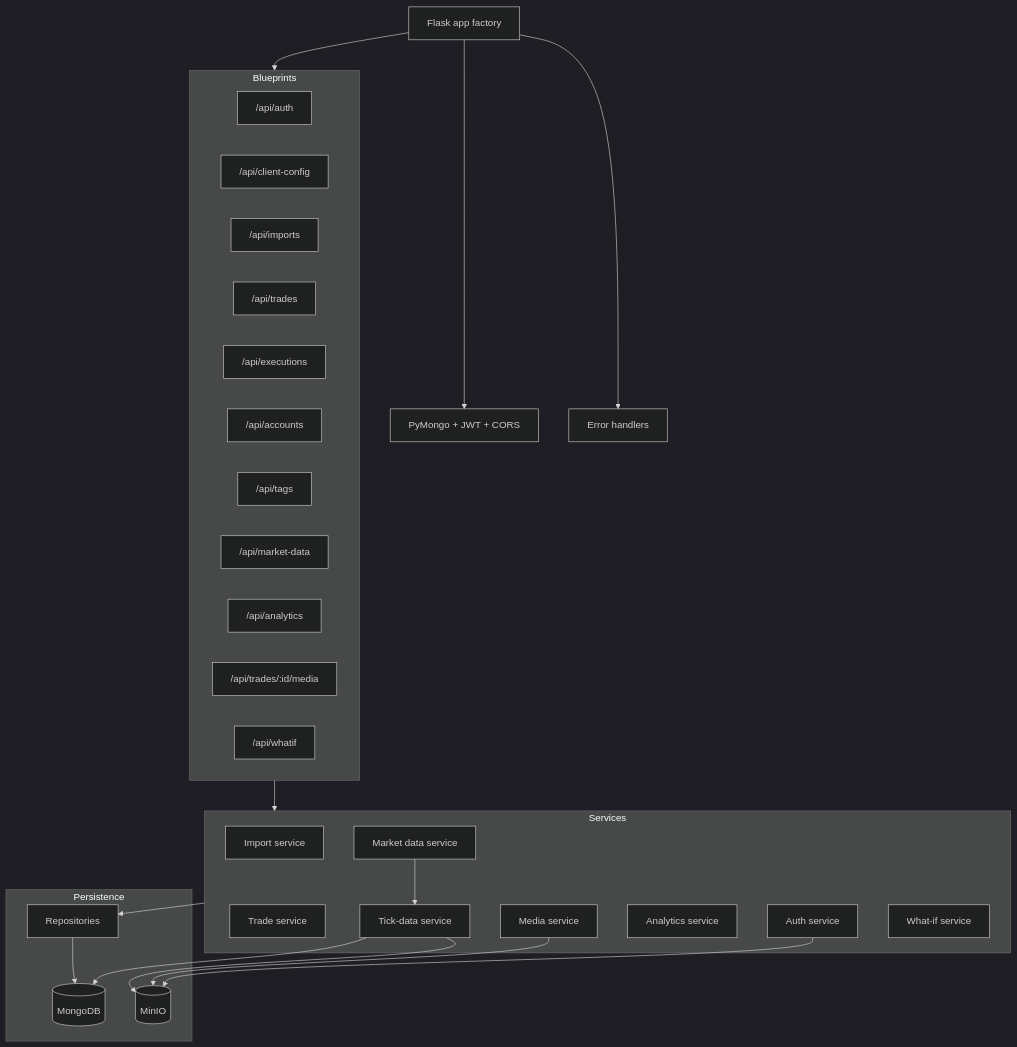
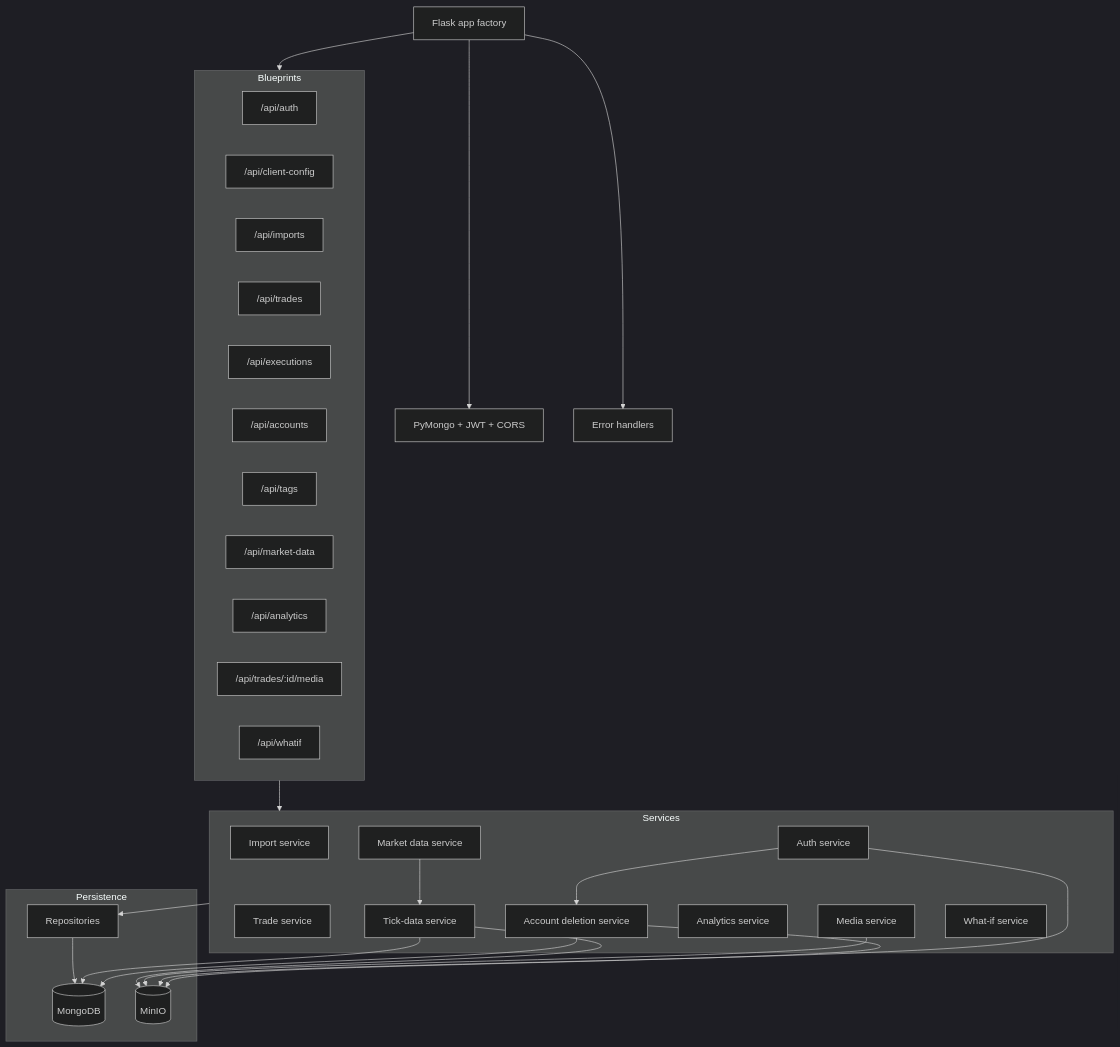
The first of 7 diagrams in docs/architecture/backend.md (diridevelops/JanusEdge), drawn with Mermaid (dark theme) before and after one commit. The commit also changed other lines of this file and 13 other files, not shown here.

````diff
--- a/docs/architecture/backend.md
+++ b/docs/architecture/backend.md
@@ -18,49 +18,53 @@
 ```mermaid
 graph TB
 	App[Flask app factory]
 	Extensions[PyMongo + JWT + CORS]
 	Errors[Error handlers]
 
 	subgraph Blueprints
 		Auth["/api/auth"]
 		ClientConfig["/api/client-config"]
 		Imports["/api/imports"]
 		Trades["/api/trades"]
 		Executions["/api/executions"]
 		Accounts["/api/accounts"]
 		Tags["/api/tags"]
 		Market["/api/market-data"]
 		Analytics["/api/analytics"]
 		Media["/api/trades/:id/media"]
 		WhatIf["/api/whatif"]
 	end
 
 	subgraph Services
 		ImportSvc[Import service]
 		TradeSvc[Trade service]
 		AuthSvc[Auth service]
+		AccountDeletionSvc[Account deletion service]
 		MarketSvc[Market data service]
 		TickDataSvc[Tick-data service]
 		AnalyticsSvc[Analytics service]
 		MediaSvc[Media service]
 		WhatIfSvc[What-if service]
 	end
 
 	subgraph Persistence
 		Repos[Repositories]
 		Mongo[(MongoDB)]
 		MinIO[(MinIO)]
 	end
 
 	App --> Extensions
 	App --> Errors
 	App --> Blueprints
 	Blueprints --> Services
 	Services --> Repos
 	Repos --> Mongo
 	MarketSvc --> TickDataSvc
 	TickDataSvc --> MinIO
 	TickDataSvc --> Mongo
 	MediaSvc --> MinIO
 	AuthSvc --> MinIO
+	AuthSvc --> AccountDeletionSvc
+	AccountDeletionSvc --> Mongo
+	AccountDeletionSvc --> MinIO
 ```
````
